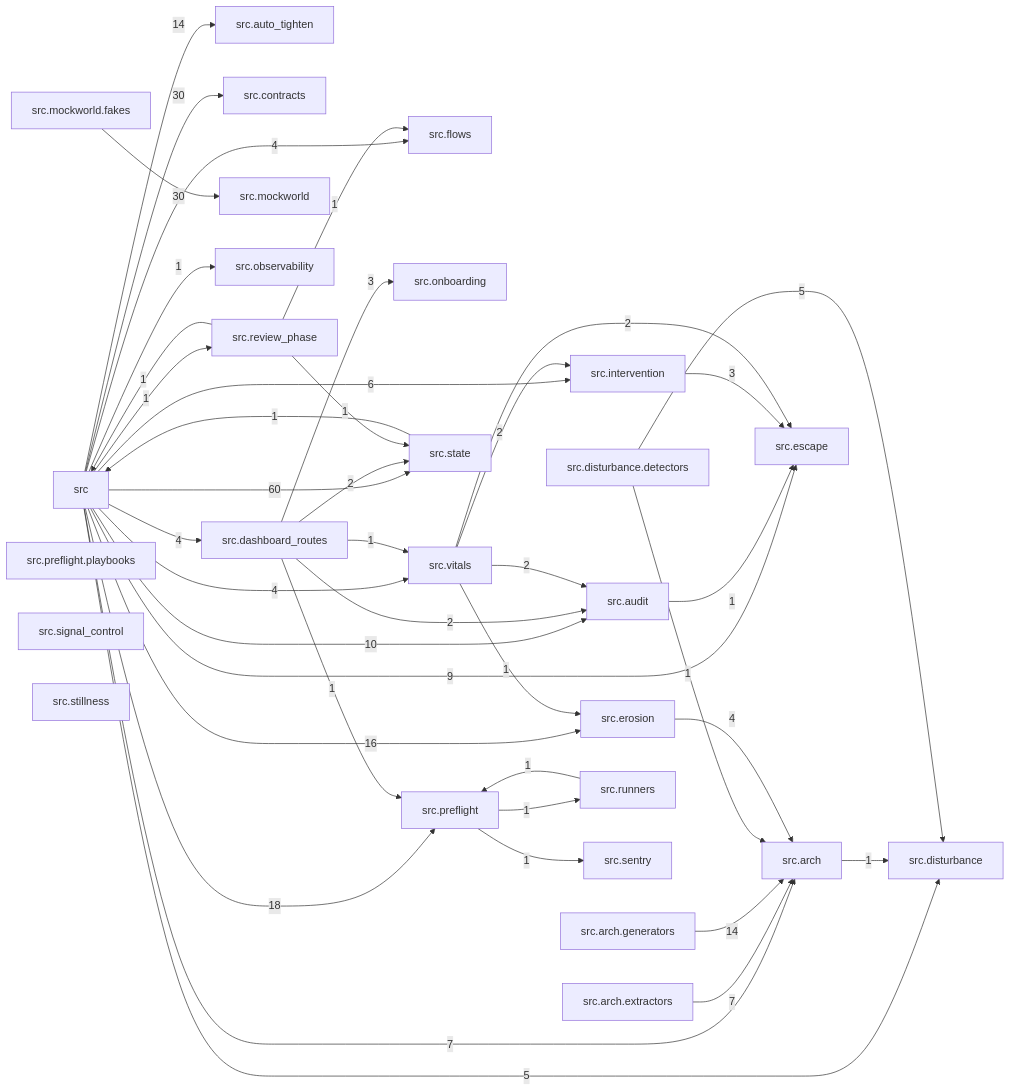
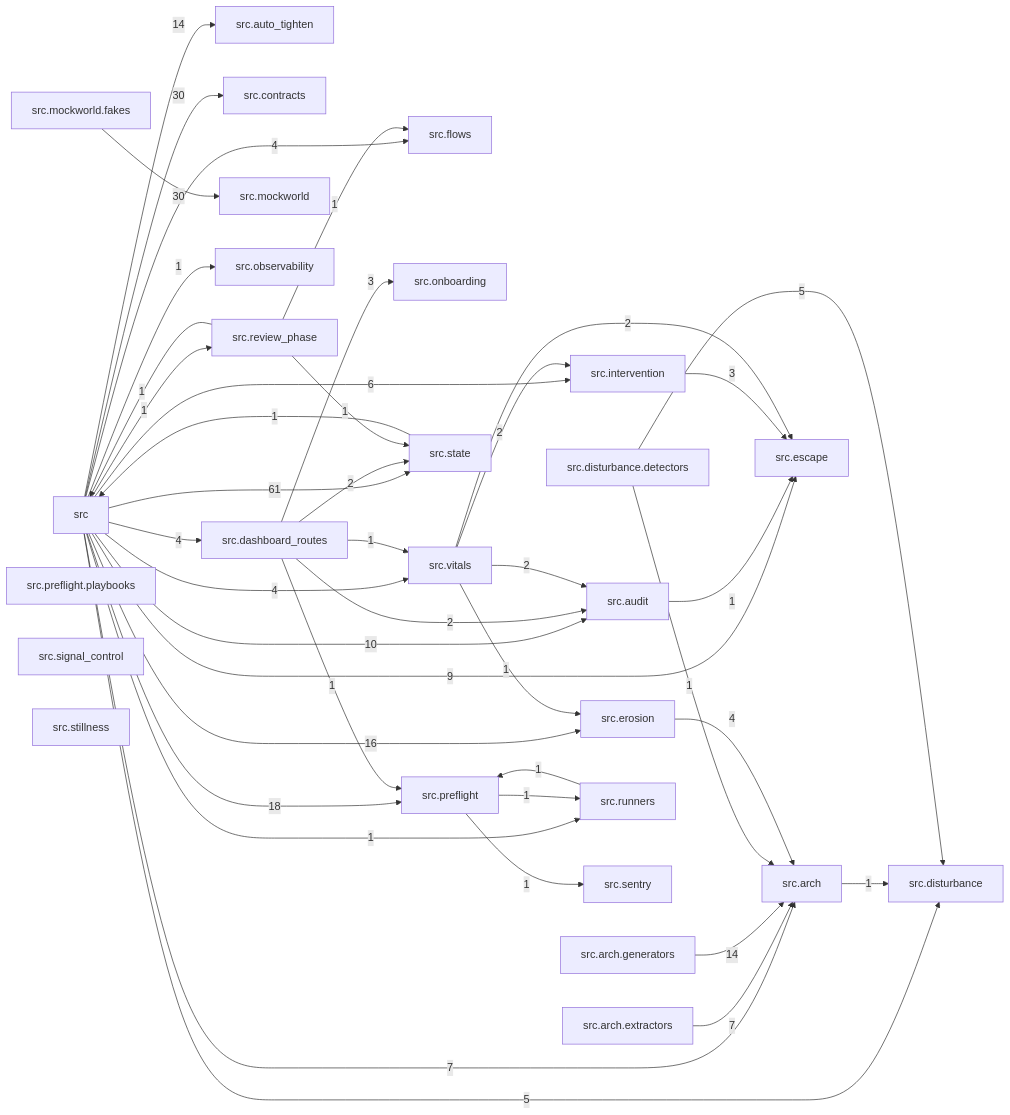
Before and after one commit to T-rav/hydraflow: the diagram in docs/arch/generated/modules.md, drawn with Mermaid. The commit also changed 37 other files, not shown here.

````diff
--- a/docs/arch/generated/modules.md
+++ b/docs/arch/generated/modules.md
@@ -7,70 +7,71 @@
 ```mermaid
 graph LR
     src["src"]
     src_arch["src.arch"]
     src_arch_extractors["src.arch.extractors"]
     src_arch_generators["src.arch.generators"]
     src_audit["src.audit"]
     src_auto_tighten["src.auto_tighten"]
     src_contracts["src.contracts"]
     src_dashboard_routes["src.dashboard_routes"]
     src_disturbance["src.disturbance"]
     src_disturbance_detectors["src.disturbance.detectors"]
     src_erosion["src.erosion"]
     src_escape["src.escape"]
     src_flows["src.flows"]
     src_intervention["src.intervention"]
     src_mockworld["src.mockworld"]
     src_mockworld_fakes["src.mockworld.fakes"]
     src_observability["src.observability"]
     src_onboarding["src.onboarding"]
     src_preflight["src.preflight"]
     src_preflight_playbooks["src.preflight.playbooks"]
     src_review_phase["src.review_phase"]
     src_runners["src.runners"]
     src_sentry["src.sentry"]
     src_signal_control["src.signal_control"]
     src_state["src.state"]
     src_stillness["src.stillness"]
     src_vitals["src.vitals"]
     src -- "7" --> src_arch
     src -- "10" --> src_audit
     src -- "14" --> src_auto_tighten
     src -- "30" --> src_contracts
     src -- "4" --> src_dashboard_routes
     src -- "5" --> src_disturbance
     src -- "16" --> src_erosion
     src -- "9" --> src_escape
     src -- "4" --> src_flows
     src -- "6" --> src_intervention
     src -- "1" --> src_observability
     src -- "18" --> src_preflight
     src -- "1" --> src_review_phase
-    src -- "60" --> src_state
+    src -- "1" --> src_runners
+    src -- "61" --> src_state
     src -- "4" --> src_vitals
     src_arch -- "1" --> src_disturbance
     src_arch_extractors -- "7" --> src_arch
     src_arch_generators -- "14" --> src_arch
     src_audit -- "1" --> src_escape
     src_dashboard_routes -- "2" --> src_audit
     src_dashboard_routes -- "3" --> src_onboarding
     src_dashboard_routes -- "1" --> src_preflight
     src_dashboard_routes -- "2" --> src_state
     src_dashboard_routes -- "1" --> src_vitals
     src_disturbance_detectors -- "1" --> src_arch
     src_disturbance_detectors -- "5" --> src_disturbance
     src_erosion -- "4" --> src_arch
     src_intervention -- "3" --> src_escape
     src_mockworld_fakes -- "30" --> src_mockworld
     src_preflight -- "1" --> src_runners
     src_preflight -- "1" --> src_sentry
     src_review_phase -- "1" --> src
     src_review_phase -- "1" --> src_flows
     src_review_phase -- "1" --> src_state
     src_runners -- "1" --> src_preflight
     src_state -- "1" --> src
     src_vitals -- "2" --> src_audit
     src_vitals -- "1" --> src_erosion
     src_vitals -- "2" --> src_escape
     src_vitals -- "2" --> src_intervention
 ```
````
